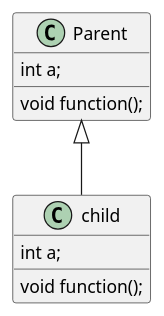
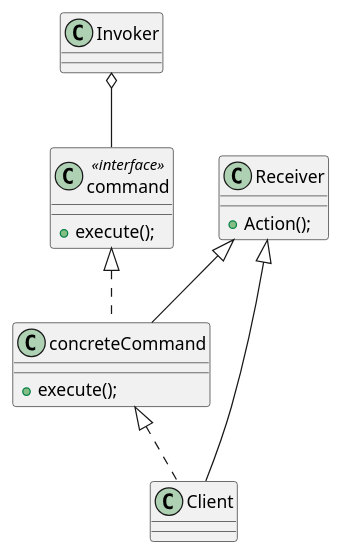
Before and after one commit to CesarValladares/A01023506_Aymss18: the diagram in Actividades/A4.1.Command/Diagram.puml, drawn with PlantUML. The commit also changed 2 other files, not shown here.

```diff
--- a/Actividades/A4.1.Command/Diagram.puml
+++ b/Actividades/A4.1.Command/Diagram.puml
@@ -1,13 +1,28 @@
 @startuml Diagram
-    class Parent{
-        int a; 
-        void function();
+    class Invoker {
+
     }
 
-    class child{
-        int a; 
-        void function();
+    class command <<interface>>{
+        +execute();
     }
 
-    Parent <|-- child
-@end 
+    class concreteCommand{
+        +execute();
+    }
+
+    class Receiver{
+        +Action();
+    }
+
+    class Client{
+
+    }
+
+    Invoker o-- command 
+    command <|.. concreteCommand
+    Receiver <|-- concreteCommand
+    Receiver <|-- Client
+    concreteCommand <|.. Client
+
+@enduml
```
